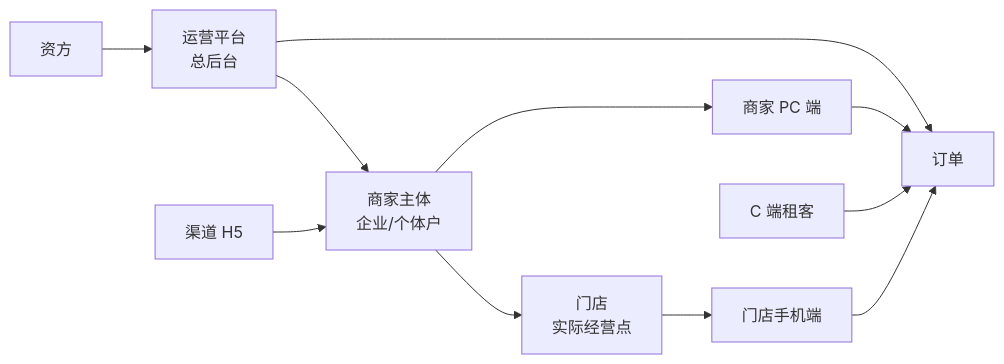
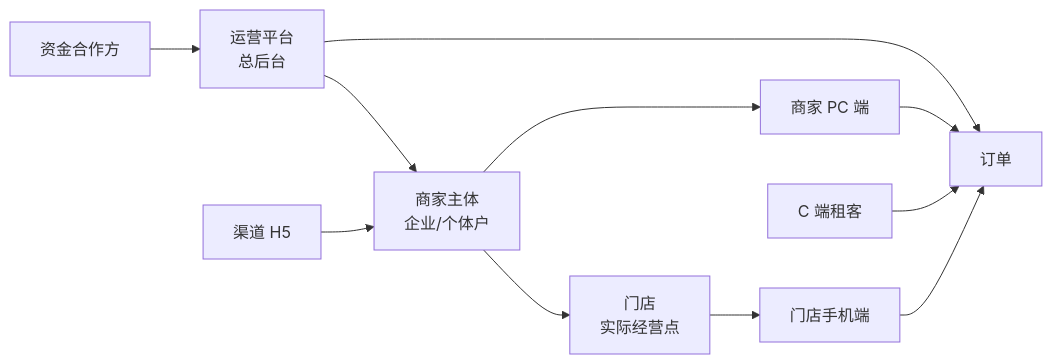
The diagram in PRD/V0.2/02_三端模块地图.md (joezjyan-bot/mandian-prd), drawn with Mermaid before and after one commit. The commit also changed other lines of this file, not shown here.

Commit message:
refactor(V0.2): 02_三端模块地图 — 4Tab架构 + 前台配置中心一级模块 + 业务线勾选驱动菜单显隐

````diff
--- a/PRD/V0.2/02_三端模块地图.md
+++ b/PRD/V0.2/02_三端模块地图.md
@@ -9,13 +9,13 @@
 ```mermaid
 flowchart LR
     Platform["运营平台<br/>总后台"] --> Merchant["商家主体<br/>企业/个体户"]
     Merchant --> Store["门店<br/>实际经营点"]
     Merchant --> MerchantPC["商家 PC 端"]
     Store --> StoreH5["门店手机端"]
     Customer["C 端租客"] --> Order["订单"]
     StoreH5 --> Order
     MerchantPC --> Order
     Platform --> Order
     Channel["渠道 H5"] --> Merchant
-    Funder["资方"] --> Platform
+    Funder["资金合作方"] --> Platform
 ```
````
